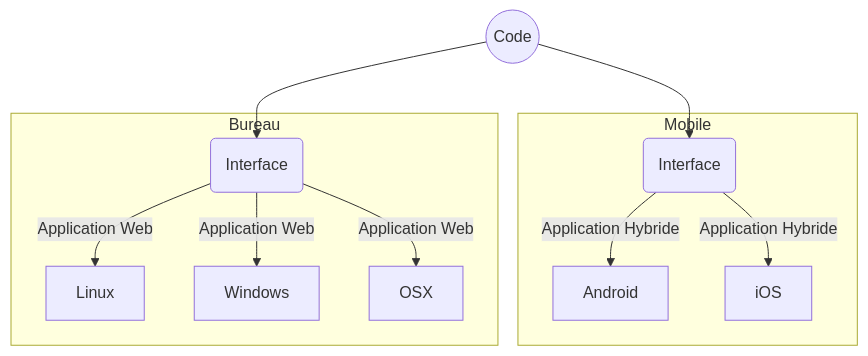
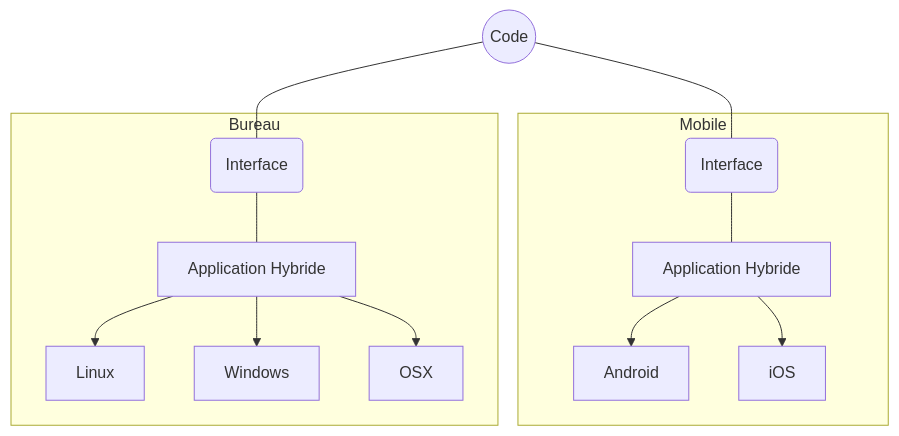
Before and after one commit to QuentinWidlocher/ThesePro: the fifth of 5 diagrams in these/02-Introduction.md, drawn with Mermaid. The commit also changed other lines of this file and 1 other file, not shown here.

```diff
--- a/these/02-Introduction.md
+++ b/these/02-Introduction.md
@@ -172,18 +207,20 @@
 <div class="mermaid">
 graph TD
     CS1((Code))
-    CS1 --> UI1 & UI2
+    CS1 --- UI1 & UI2
     subgraph Mobile
       UI2(Interface)
       MC4[Android]
       MC5[iOS]
-      UI2 -->|Application Hybride| MC4 & MC5
+      APP1[Application Hybride]
+      UI2 --- APP1  --> MC4 & MC5
     end
     subgraph Bureau
       UI1(Interface)
       MC1[Linux]
       MC2[Windows]
       MC3[OSX]
-      UI1 -->|Application Web| MC1 & MC2 & MC3
+      APP2[Application Hybride]
+      UI1 --- APP2 --> MC1 & MC2 & MC3
     end
 </div>
```
